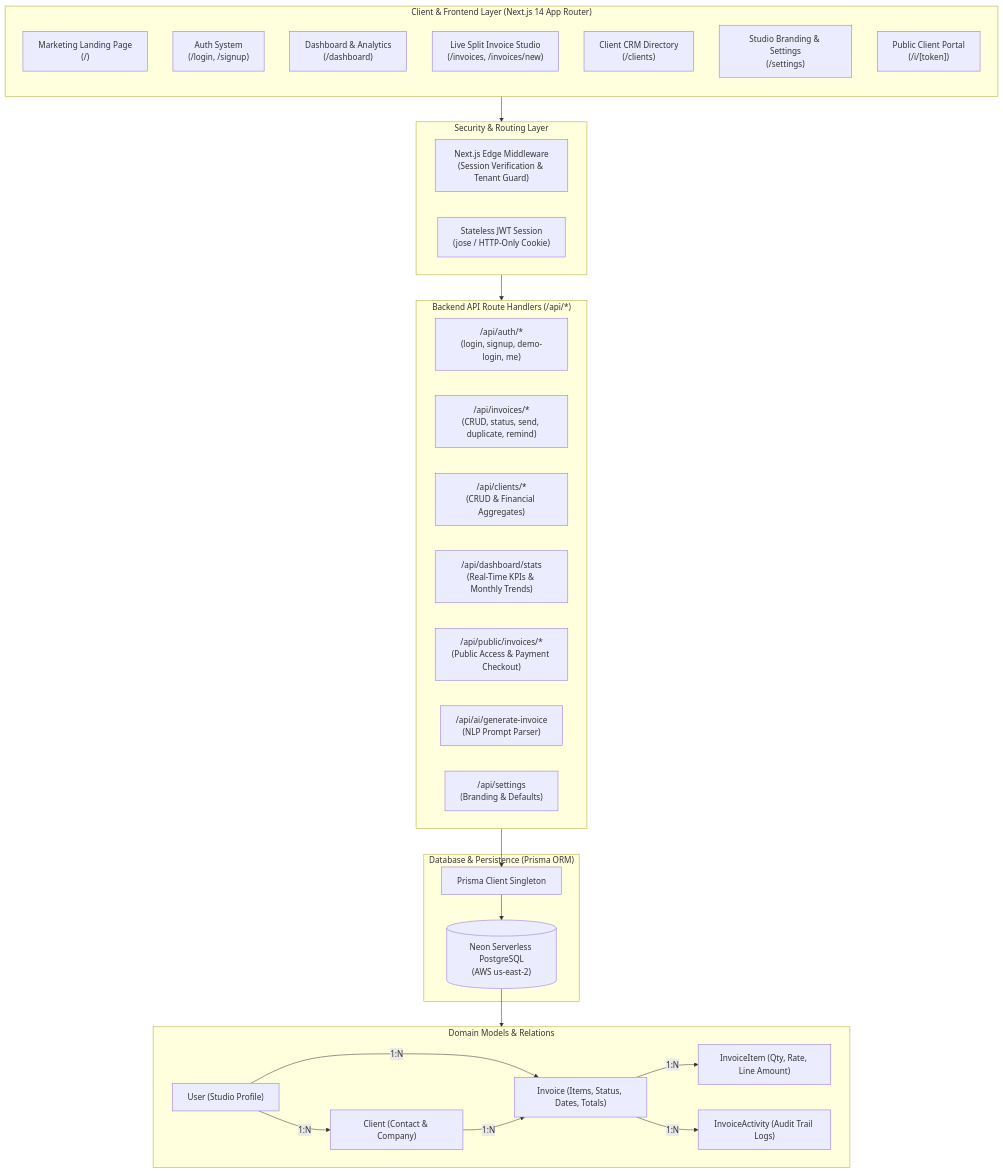
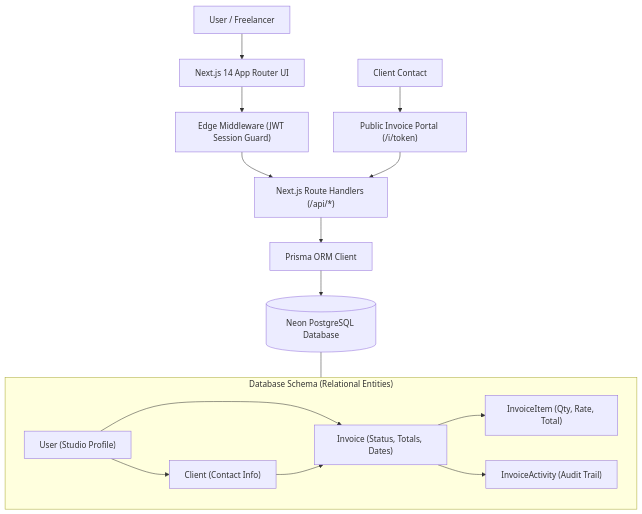
One commit to mukeshdhadhariya/assignemnt changed the first of 2 diagrams in README.md. Above: the diagram before and after it, drawn with Mermaid. The commit also changed other lines of this file, not shown here.

````diff
--- a/README.md
+++ b/README.md
@@ -13,55 +12,28 @@
 ```mermaid
-flowchart TB
-    subgraph ClientLayer ["Client & Frontend Layer (Next.js 14 App Router)"]
-        direction TB
-        LandingPage["Marketing Landing Page\n(/)"]
-        AuthPages["Auth System\n(/login, /signup)"]
-        Dashboard["Dashboard & Analytics\n(/dashboard)"]
-        InvoiceStudio["Live Split Invoice Studio\n(/invoices, /invoices/new)"]
-        ClientHub["Client CRM Directory\n(/clients)"]
-        SettingsPage["Studio Branding & Settings\n(/settings)"]
-        PublicPortal["Public Client Portal\n(/i/[token])"]
+flowchart TD
+    User["User / Freelancer"] --> App["Next.js 14 App Router UI"]
+    Client["Client Contact"] --> Portal["Public Invoice Portal (/i/token)"]
+
+    App --> Middleware["Edge Middleware (JWT Session Guard)"]
+    Middleware --> API["Next.js Route Handlers (/api/*)"]
+    Portal --> API
+
+    API --> Prisma["Prisma ORM Client"]
+    Prisma --> NeonDB[("Neon PostgreSQL Database")]
+
+    subgraph DatabaseSchema ["Database Schema (Relational Entities)"]
+        UserTable["User (Studio Profile)"]
+        ClientTable["Client (Contact Info)"]
+        InvoiceTable["Invoice (Status, Totals, Dates)"]
+        ItemTable["InvoiceItem (Qty, Rate, Total)"]
+        ActivityTable["InvoiceActivity (Audit Trail)"]
+
+        UserTable --> ClientTable
+        UserTable --> InvoiceTable
+        ClientTable --> InvoiceTable
+        InvoiceTable --> ItemTable
+        InvoiceTable --> ActivityTable
     end
 
-    subgraph SecurityLayer ["Security & Routing Layer"]
-        Middleware["Next.js Edge Middleware\n(Session Verification & Tenant Guard)"]
-        JWT["Stateless JWT Session\n(jose / HTTP-Only Cookie)"]
-    end
-
-    subgraph APILayer ["Backend API Route Handlers (/api/*)"]
-        AuthAPI["/api/auth/*\n(login, signup, demo-login, me)"]
-        InvoiceAPI["/api/invoices/*\n(CRUD, status, send, duplicate, remind)"]
-        ClientAPI["/api/clients/*\n(CRUD & Financial Aggregates)"]
-        StatsAPI["/api/dashboard/stats\n(Real-Time KPIs & Monthly Trends)"]
-        PublicAPI["/api/public/invoices/*\n(Public Access & Payment Checkout)"]
-        AiAPI["/api/ai/generate-invoice\n(NLP Prompt Parser)"]
-        SettingsAPI["/api/settings\n(Branding & Defaults)"]
-    end
-
-    subgraph DataLayer ["Database & Persistence (Prisma ORM)"]
-        PrismaClient["Prisma Client Singleton"]
-        NeonDB[("Neon Serverless PostgreSQL\n(AWS us-east-2)")]
-    end
-
-    subgraph CoreEntities ["Domain Models & Relations"]
-        User["User (Studio Profile)"]
-        Client["Client (Contact & Company)"]
-        Invoice["Invoice (Items, Status, Dates, Totals)"]
-        InvoiceItem["InvoiceItem (Qty, Rate, Line Amount)"]
-        InvoiceActivity["InvoiceActivity (Audit Trail Logs)"]
-    end
-
-    %% Connections
-    ClientLayer --> SecurityLayer
-    SecurityLayer --> APILayer
-    APILayer --> PrismaClient
-    PrismaClient --> NeonDB
-    NeonDB --> CoreEntities
-
-    %% Relations
-    User -->|1:N| Client
-    User -->|1:N| Invoice
-    Client -->|1:N| Invoice
-    Invoice -->|1:N| InvoiceItem
-    Invoice -->|1:N| InvoiceActivity
+    NeonDB --- DatabaseSchema
 ```
````
